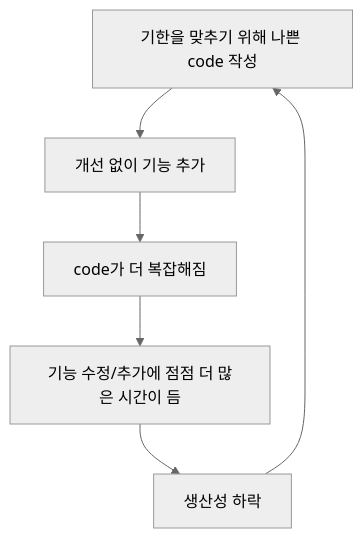
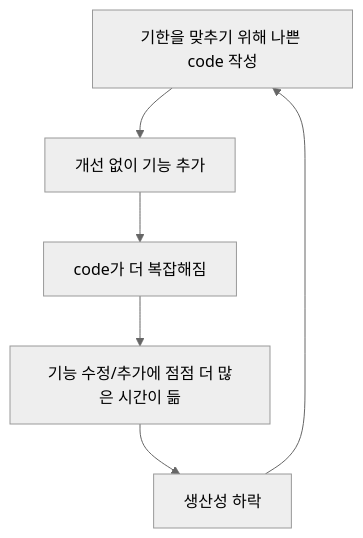
Before and after one commit to choesimin/choesimin.github.io: the diagram in _skills/clean-code/index.md, drawn with Mermaid (neutral theme). The commit also changed 14 other files, not shown here.

````diff
--- a/_skills/clean-code/index.md
+++ b/_skills/clean-code/index.md
@@ -32,5 +32,5 @@
 ```mermaid
 flowchart TD
 
-A[기한을 맞추기 위해 나쁜 code 작성] --> B[개선 없이 기능 추가] --> C[code가 더 복잡해짐] --> D[기능 수정/추가에 점점 더 많은 시간이 듬] --> F[생산성 하락] --> A
+A[기한을 맞추기 위해 나쁜 code 작성] --> B[개선 없이 기능 추가] --> C[code가 더 복잡해짐] --> D[기능 수정/추가에 점점 더 많은 시간이 듦] --> F[생산성 하락] --> A
 ```
````
